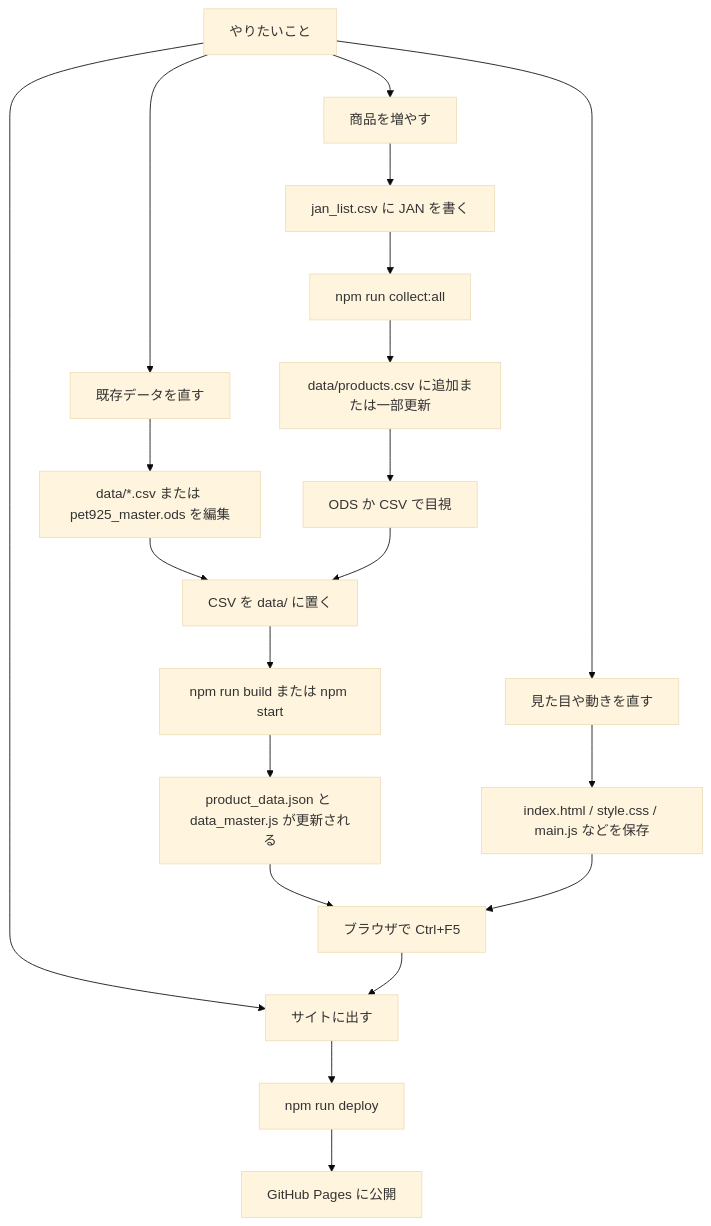
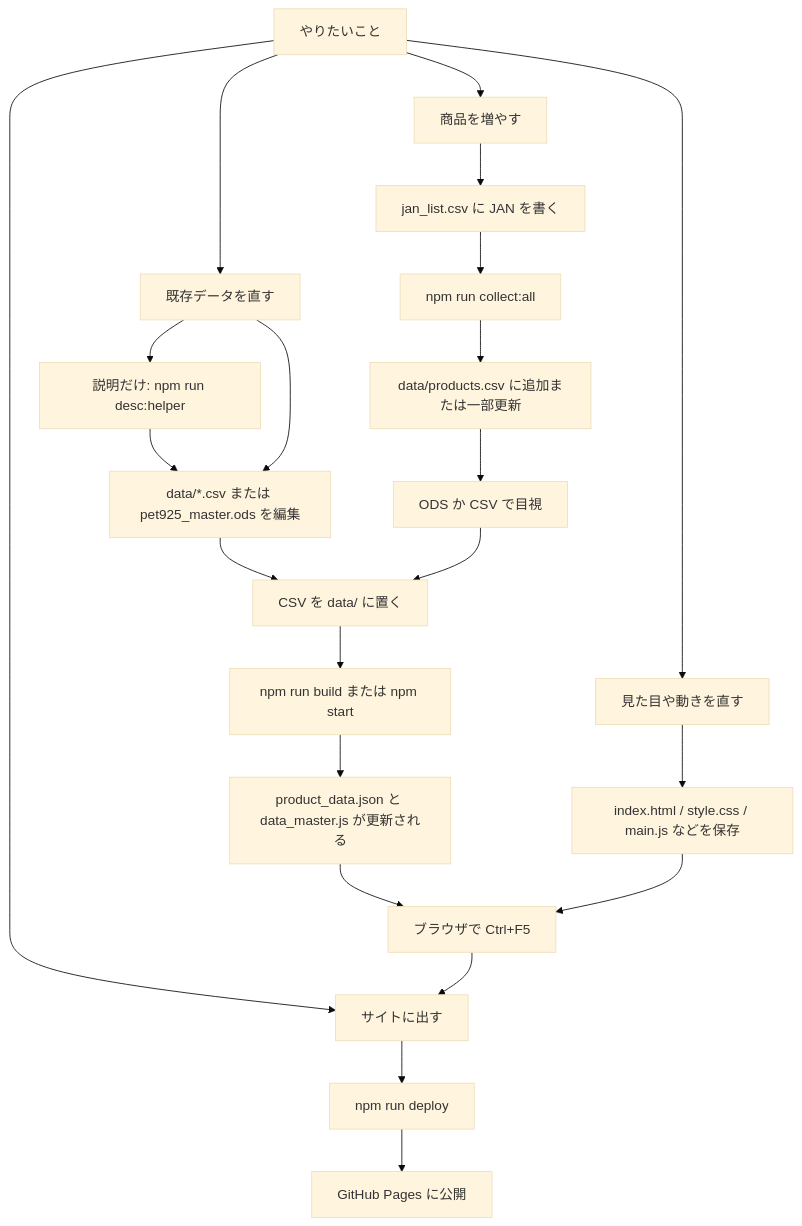
One commit to kyuni-f/pet925 changed the diagram in docs/MANUAL.md. Above: the diagram before and after it, drawn with Mermaid (base theme). The commit also changed other lines of this file and 8 other files, not shown here.

````diff
--- a/docs/MANUAL.md
+++ b/docs/MANUAL.md
@@ -11,27 +11,29 @@
 ```mermaid
 flowchart TD
   start[やりたいこと] --> add[商品を増やす]
   start --> fix[既存データを直す]
   start --> code[見た目や動きを直す]
   start --> pub[サイトに出す]
 
   add --> jan["jan_list.csv に JAN を書く"]
   jan --> collect["npm run collect:all"]
   collect --> csv["data/products.csv に追加または一部更新"]
   csv --> review[ODS か CSV で目視]
 
-  fix --> edit["data/*.csv または pet925_master.ods を編集"]
+  fix --> descRewrite["説明だけ: npm run desc:helper"]
+  descRewrite --> edit["data/*.csv または pet925_master.ods を編集"]
+  fix --> edit
   edit --> export[CSV を data/ に置く]
   review --> export
 
   export --> build["npm run build または npm start"]
   build --> json["product_data.json と data_master.js が更新される"]
   json --> preview["ブラウザで Ctrl+F5"]
 
   code --> files["index.html / style.css / main.js などを保存"]
   files --> preview
 
   preview --> pub
   pub --> deploy["npm run deploy"]
   deploy --> live[GitHub Pages に公開]
 ```
````
